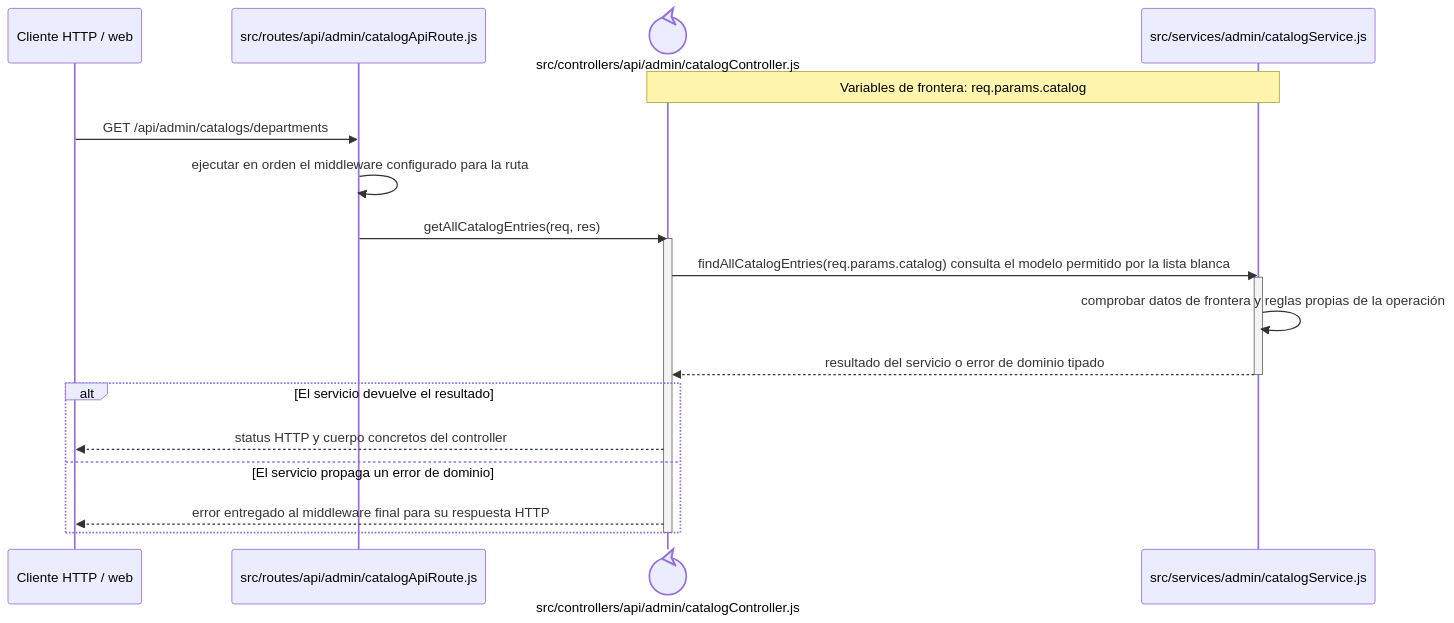
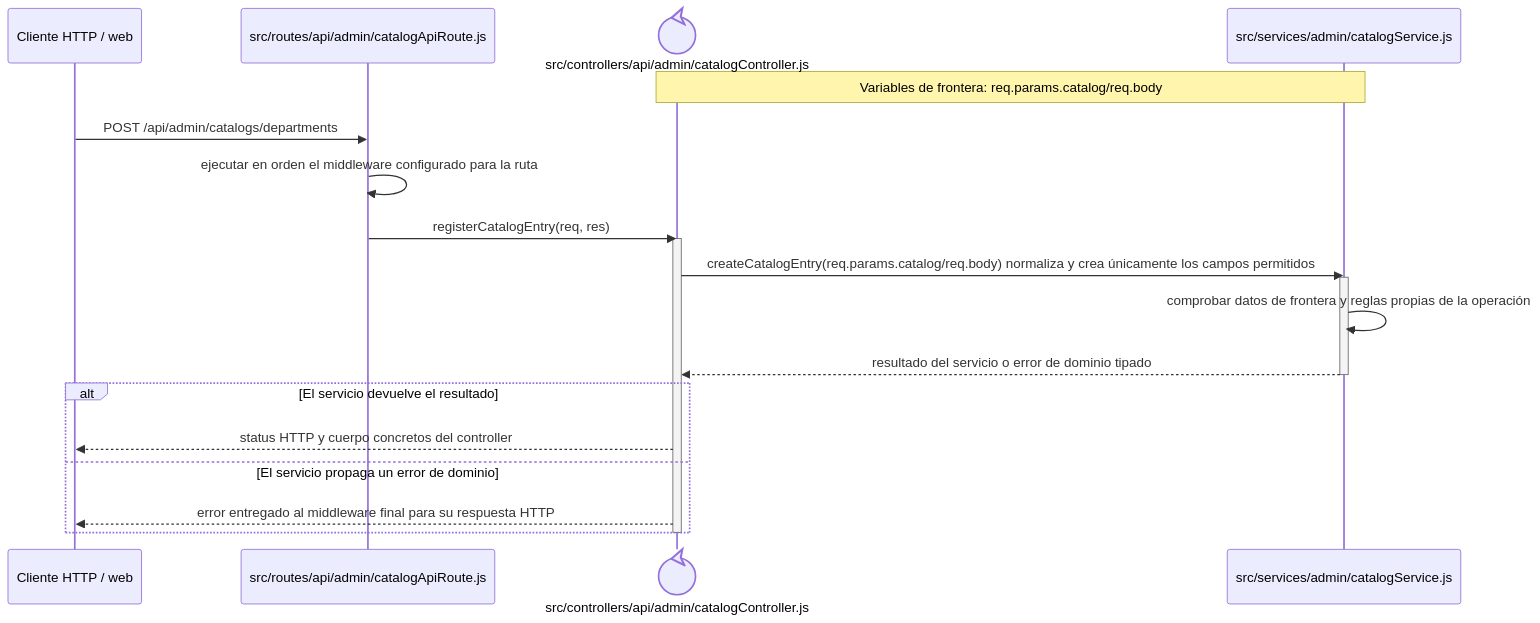
Before and after one commit to gpgsistemas01/nexus: the diagram in docs/architecture/backend-code-sequences/catalogs/cu-cat-10.md, drawn with Mermaid. The commit also changed other lines of this file and 167 other files, not shown here.

````diff
--- a/docs/architecture/backend-code-sequences/catalogs/cu-cat-10.md
+++ b/docs/architecture/backend-code-sequences/catalogs/cu-cat-10.md
@@ -6,24 +6,24 @@
 ```mermaid
 sequenceDiagram
     participant Client as Cliente HTTP / web
     participant Route as src/routes/api/admin/catalogApiRoute.js
     participant Controller@{ "type": "control" } as src/controllers/api/admin/catalogController.js
     participant Domain as src/services/admin/catalogService.js
-    Note over Controller,Domain: Variables de frontera: req.params.catalog
+    Note over Controller,Domain: Variables de frontera: req.params.catalog/req.body
 
-    Client->>Route: GET /api/admin/catalogs/departments
+    Client->>Route: POST /api/admin/catalogs/departments
     Route->>Route: ejecutar en orden el middleware configurado para la ruta
-    Route->>Controller: getAllCatalogEntries(req, res)
+    Route->>Controller: registerCatalogEntry(req, res)
     activate Controller
-    Controller->>Domain: findAllCatalogEntries(req.params.catalog) consulta el modelo permitido por la lista blanca
+    Controller->>Domain: createCatalogEntry(req.params.catalog/req.body) normaliza y crea únicamente los campos permitidos
     activate Domain
     Domain->>Domain: comprobar datos de frontera y reglas propias de la operación
     Domain-->>Controller: resultado del servicio o error de dominio tipado
     deactivate Domain
     alt El servicio devuelve el resultado
         Controller-->>Client: status HTTP y cuerpo concretos del controller
     else El servicio propaga un error de dominio
         Controller-->>Client: error entregado al middleware final para su respuesta HTTP
     end
     deactivate Controller
 ```
````
